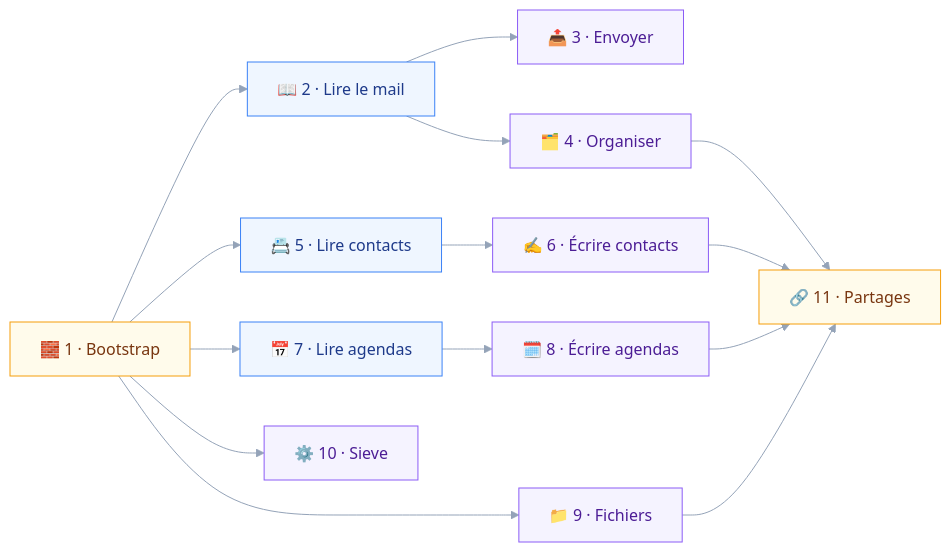
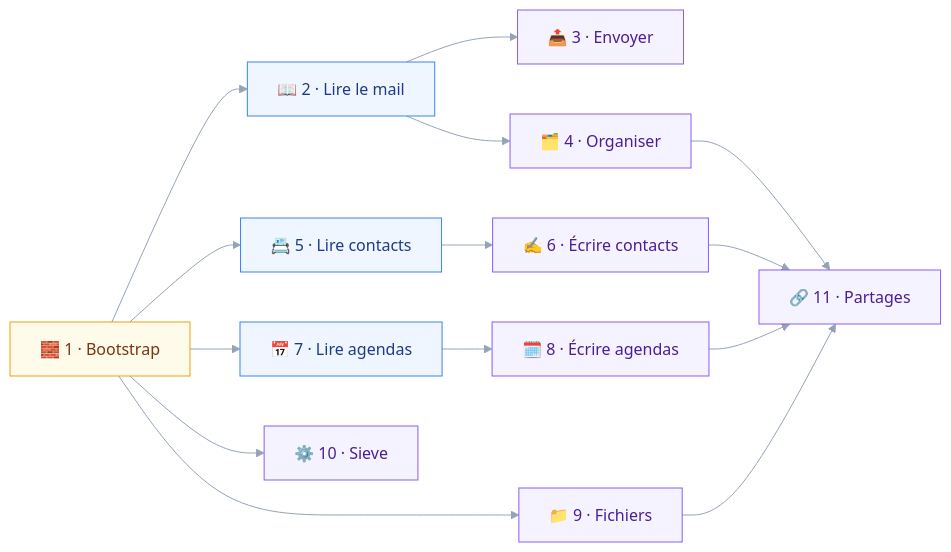
Before and after one commit to BryanBerger98/jmap-mcp: the diagram in aidd_docs/ROADMAP.md, drawn with Mermaid. The commit also changed other lines of this file and 53 other files, not shown here.

````diff
--- a/aidd_docs/ROADMAP.md
+++ b/aidd_docs/ROADMAP.md
@@ -23,26 +23,25 @@
 ```mermaid
 %%{init: {'theme':'base','themeVariables':{'fontFamily':'ui-sans-serif, system-ui, sans-serif','lineColor':'#94a3b8','primaryTextColor':'#334155'}}}%%
 flowchart LR
     M1["🧱 1 · Bootstrap"] --> M2["📖 2 · Lire le mail"]
     M2 --> M3["📤 3 · Envoyer"]
     M2 --> M4["🗂️ 4 · Organiser"]
     M1 --> M5["📇 5 · Lire contacts"]
     M5 --> M6["✍️ 6 · Écrire contacts"]
     M1 --> M7["📅 7 · Lire agendas"]
     M7 --> M8["🗓️ 8 · Écrire agendas"]
     M1 --> M9["📁 9 · Fichiers"]
     M1 --> M10["⚙️ 10 · Sieve"]
     M4 --> M11["🔗 11 · Partages"]
     M6 --> M11
     M8 --> M11
     M9 --> M11
 
     classDef ambre fill:#fffbeb,stroke:#f59e0b,color:#78350f
     classDef bleu fill:#eff6ff,stroke:#3b82f6,color:#1e3a8a
     classDef violet fill:#f5f3ff,stroke:#8b5cf6,color:#4c1d95
 
     class M1 ambre
     class M2,M5,M7 bleu
-    class M3,M4,M6,M8,M9,M10 violet
-    class M11 ambre
+    class M3,M4,M6,M8,M9,M10,M11 violet
 ```
````
